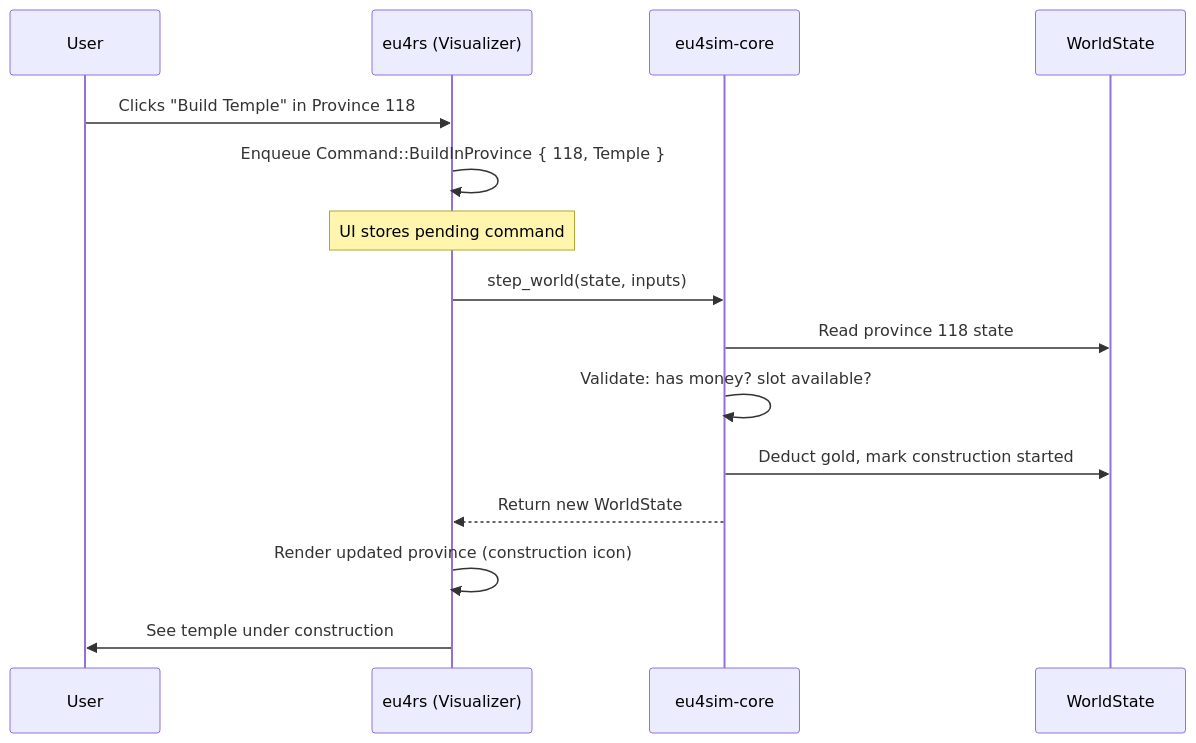
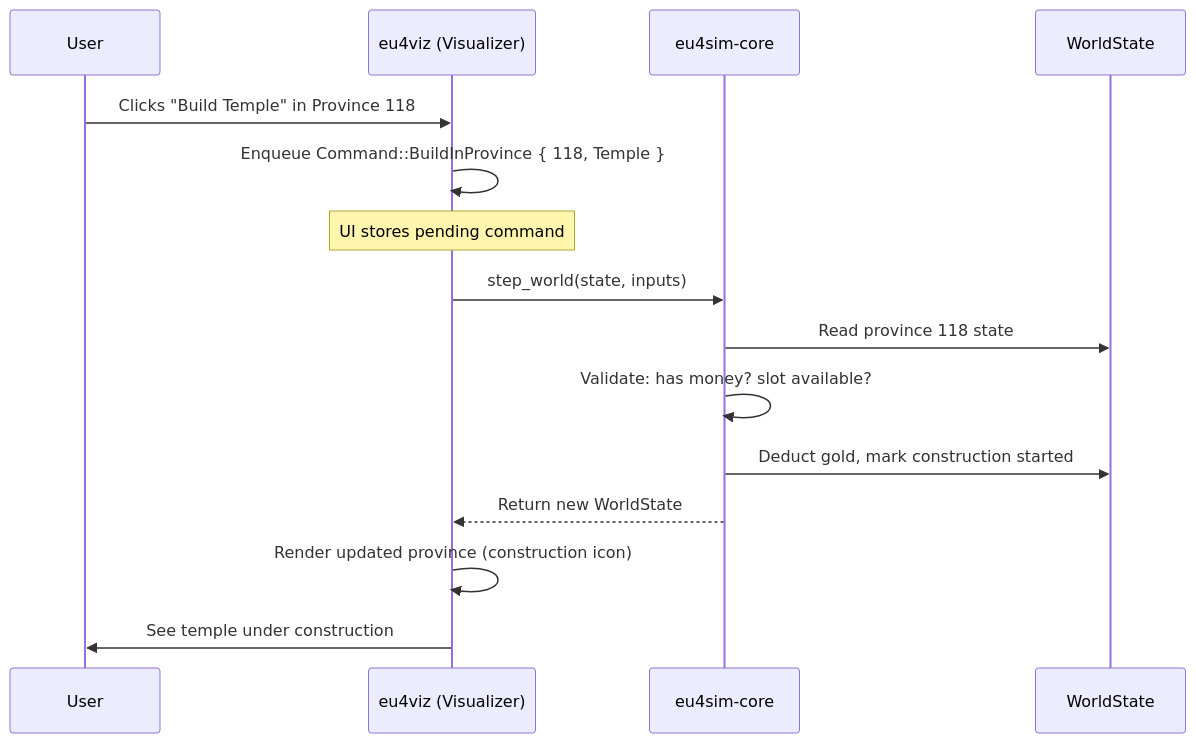
The second of 2 diagrams in docs/simulation.md (atvrager/eu4rs), drawn with Mermaid before and after one commit. The commit also changed other lines of this file and 40 other files, not shown here.

````diff
--- a/docs/simulation.md
+++ b/docs/simulation.md
@@ -256,20 +256,20 @@
 ```mermaid
 sequenceDiagram
     participant User
-    participant UI as eu4rs (Visualizer)
+    participant UI as eu4viz (Visualizer)
     participant Sim as eu4sim-core
     participant State as WorldState
 
     User->>UI: Clicks "Build Temple" in Province 118
     UI->>UI: Enqueue Command::BuildInProvince { 118, Temple }
     Note over UI: UI stores pending command
 
     UI->>Sim: step_world(state, inputs)
     Sim->>State: Read province 118 state
     Sim->>Sim: Validate: has money? slot available?
     Sim->>State: Deduct gold, mark construction started
     Sim-->>UI: Return new WorldState
 
     UI->>UI: Render updated province (construction icon)
     UI->>User: See temple under construction
 ```
````
